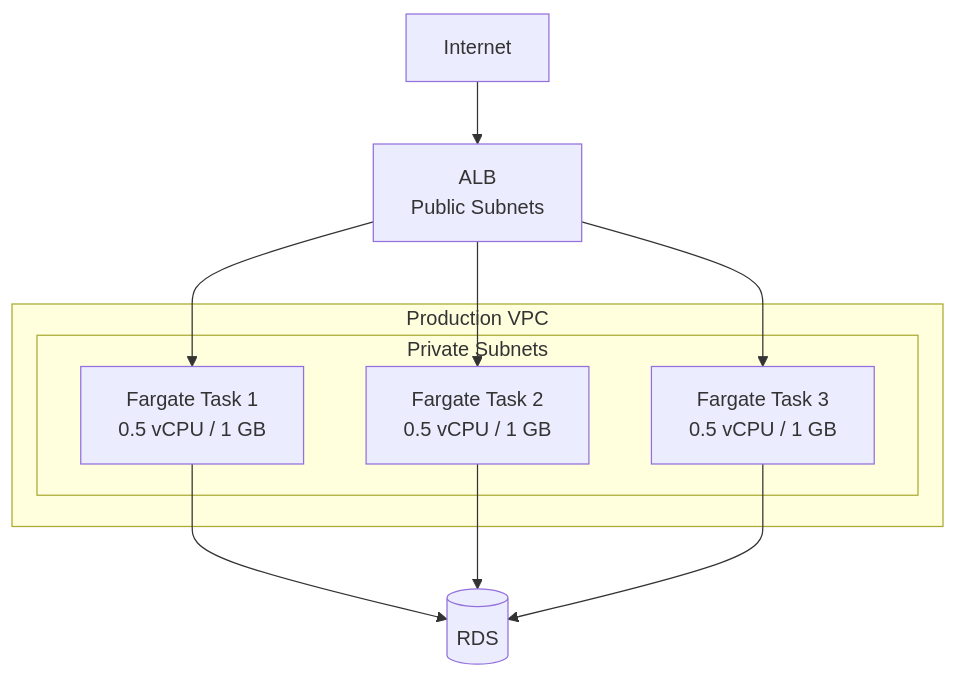
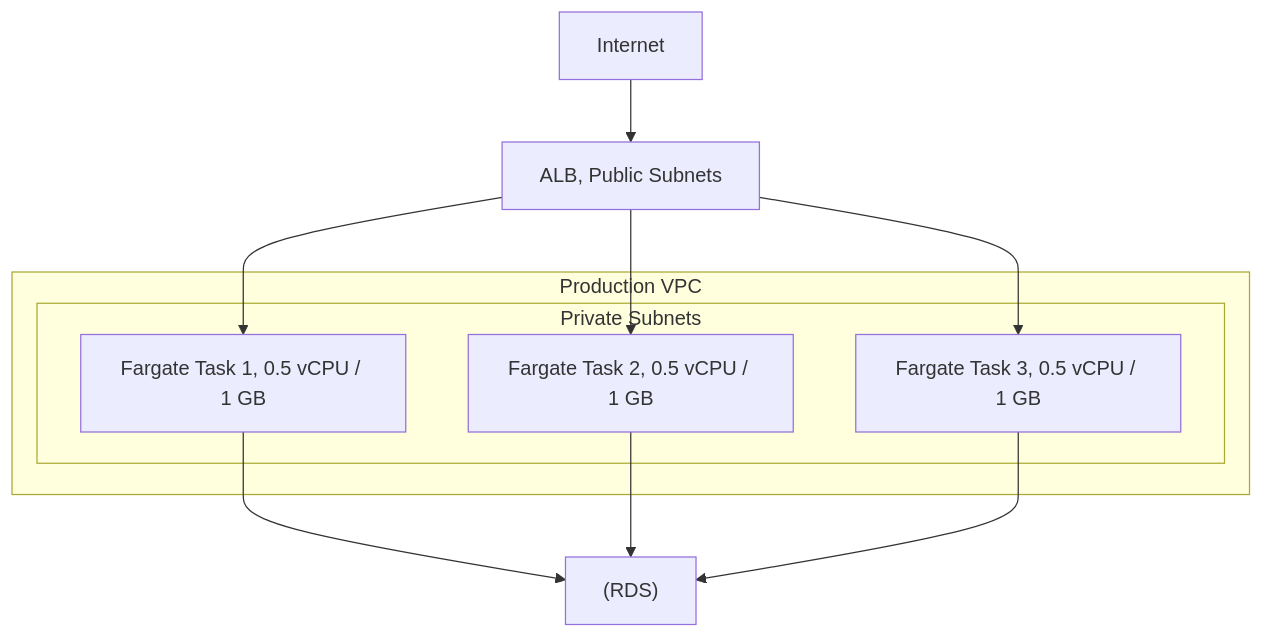
Before and after one commit to DeeptiShuklaProject/Uday_AWS: the diagram in Chapter_17_AWS_Fargate.md, drawn with Mermaid. The commit also changed 34 other files, not shown here.

Commit message:
Fix mermaid diagrams syntax across all chapters (quote labels and remove HTML)

````diff
--- a/Chapter_17_AWS_Fargate.md
+++ b/Chapter_17_AWS_Fargate.md
@@ -122,13 +122,13 @@
 ```mermaid
 flowchart TD
-    Internet[Internet] --> ALB[ALB<br>Public Subnets]
+    Internet[Internet] --> ALB["ALB, Public Subnets"]
     subgraph VPC["Production VPC"]
         subgraph Private["Private Subnets"]
-            Task1[Fargate Task 1<br>0.5 vCPU / 1 GB]
-            Task2[Fargate Task 2<br>0.5 vCPU / 1 GB]
-            Task3[Fargate Task 3<br>0.5 vCPU / 1 GB]
+            Task1["Fargate Task 1, 0.5 vCPU / 1 GB"]
+            Task2["Fargate Task 2, 0.5 vCPU / 1 GB"]
+            Task3["Fargate Task 3, 0.5 vCPU / 1 GB"]
         end
     end
     ALB --> Task1 & Task2 & Task3
-    Task1 & Task2 & Task3 --> RDS[(RDS)]
+    Task1 & Task2 & Task3 --> RDS["(RDS)"]
 ```
````
